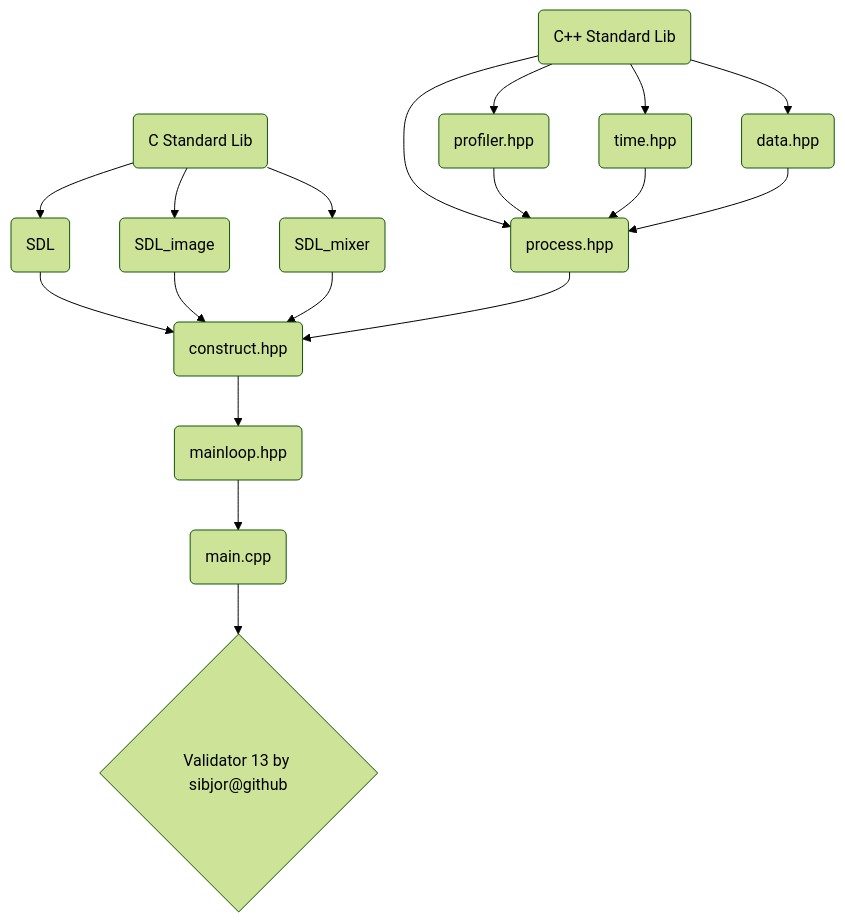
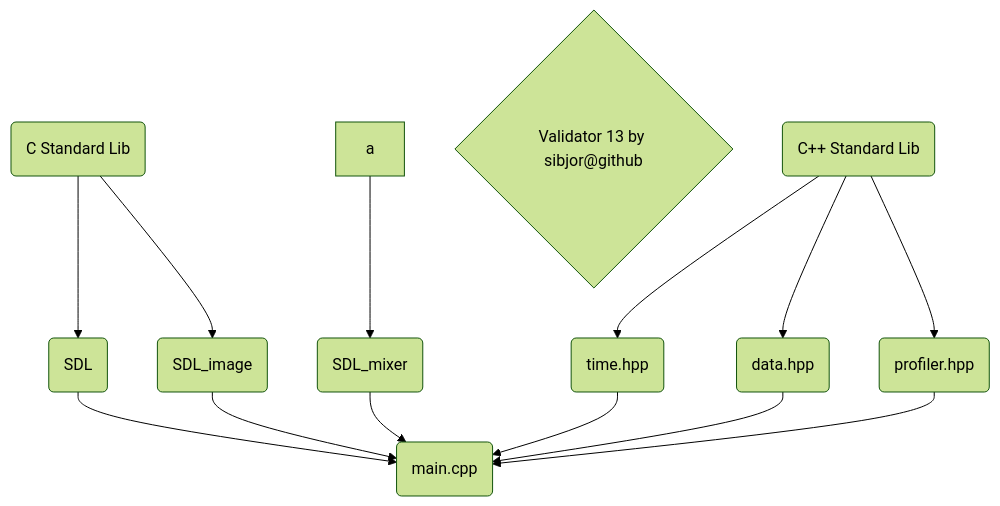
One commit to sibjor/ParkourRunner changed the diagram in README.md. Above: the diagram before and after it, drawn with Mermaid (forest theme). The commit also changed other lines of this file, not shown here.

Commit message:
diagram update

````diff
--- a/README.md
+++ b/README.md
@@ -15,37 +11,29 @@
 ```mermaid
 flowchart TD
     A(C Standard Lib)
     B(C++ Standard Lib)
     C(SDL)
     D(SDL_image)
     E(SDL_mixer)
     F(profiler.hpp) 
     G(time.hpp) 
     H(data.hpp)
-    I(process.hpp)
-    J(construct.hpp)
-    K(mainloop.hpp)
-    L(main.cpp)
-    M{Validator 13 by sibjor@github}
+    I(main.cpp)
+    J{Validator 13 by sibjor@github}
 
-    A --> C 
-    A --> D 
-    A --> E
-    B --> F 
+    A --> C
+    A --> D
+    a --> E
+
+    C --> I
+    D --> I
+    E --> I
+
     B --> G
-    B --> H 
-    B --> I
+    B --> H
+    B --> F
 
-    C --> J
-    D --> J
-    E --> J
-
-    F --> I
     G --> I
     H --> I
-
-    I --> J
-    J --> K
-    K --> L
-    L --> M
+    F --> I
 ```
````
